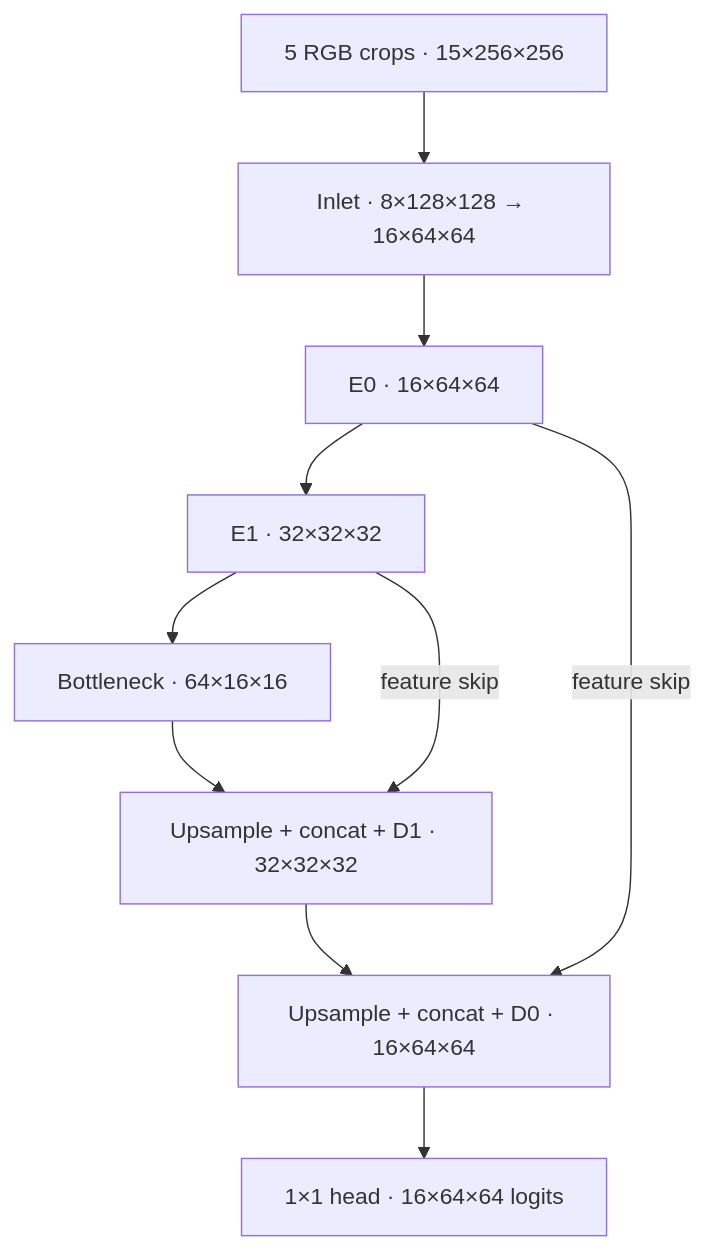
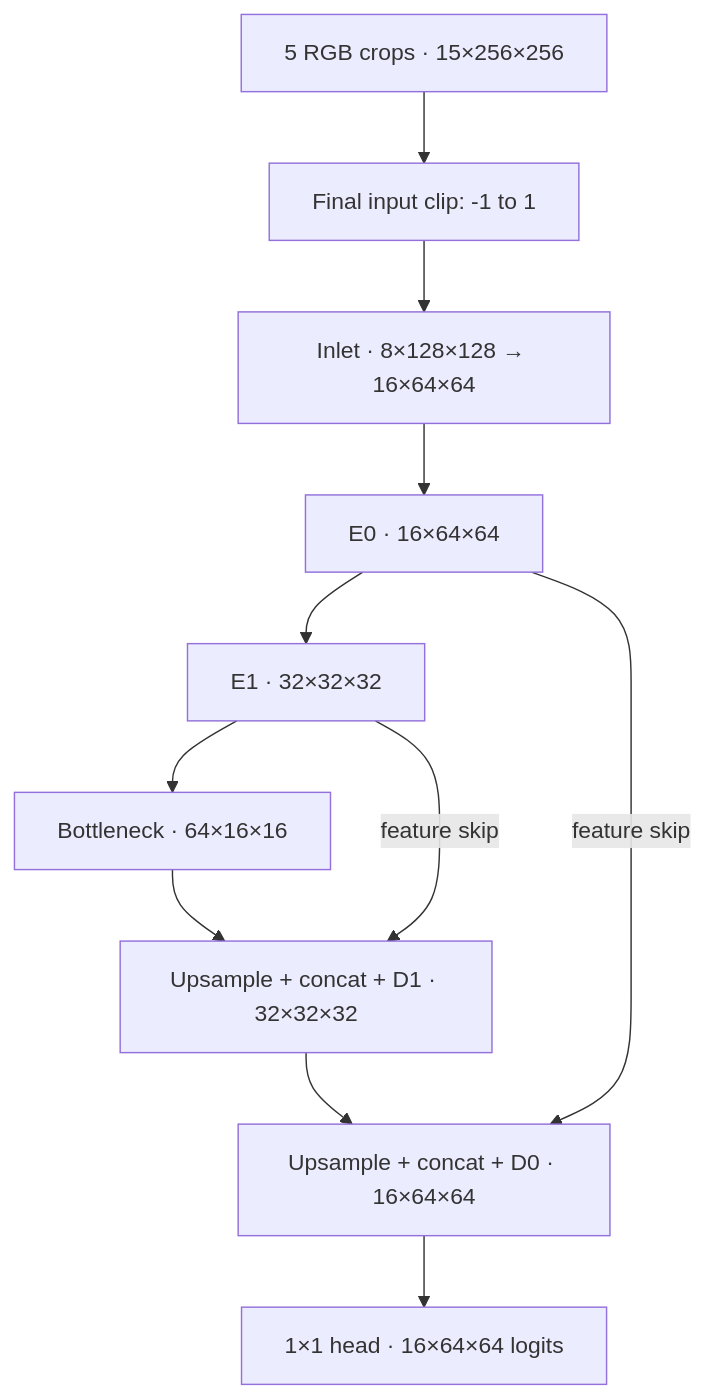
The first of 3 diagrams in docs/OPTICAL_DECODER.md (magnux/neural_cryptography), drawn with Mermaid before and after one commit. The commit also changed other lines of this file and 18 other files, not shown here.

First line of the commit message:
Implement normalized compact decoder and consistent final input clipping

````diff
--- a/docs/OPTICAL_DECODER.md
+++ b/docs/OPTICAL_DECODER.md
@@ -69,12 +73,13 @@
 ```mermaid
 flowchart TD
-  I["5 RGB crops · 15×256×256"] --> S["Inlet · 8×128×128 → 16×64×64"]
+  I["5 RGB crops · 15×256×256"] --> C["Final input clip: -1 to 1"]
+  C --> S["Inlet · 8×128×128 → 16×64×64"]
   S --> E0["E0 · 16×64×64"]
   E0 --> E1["E1 · 32×32×32"]
   E1 --> B["Bottleneck · 64×16×16"]
   B --> D1["Upsample + concat + D1 · 32×32×32"]
   E1 -->|feature skip| D1
   D1 --> D0["Upsample + concat + D0 · 16×64×64"]
   E0 -->|feature skip| D0
   D0 --> H["1×1 head · 16×64×64 logits"]
 ```
````
